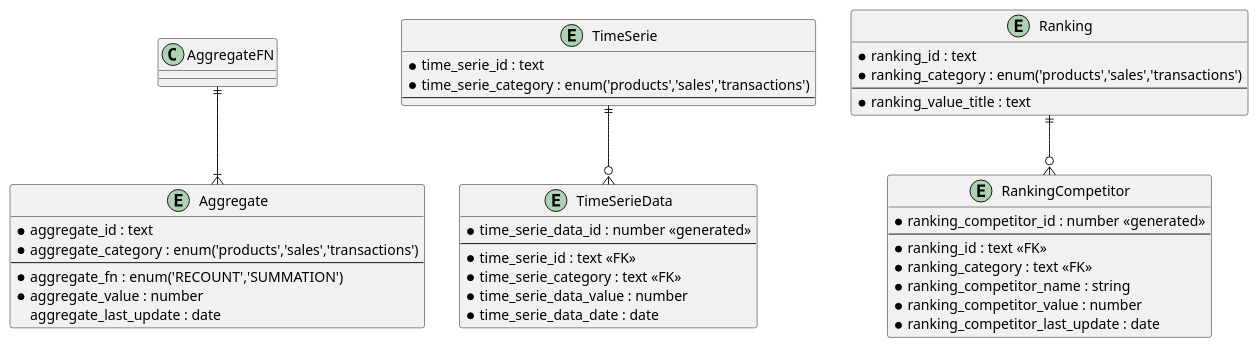
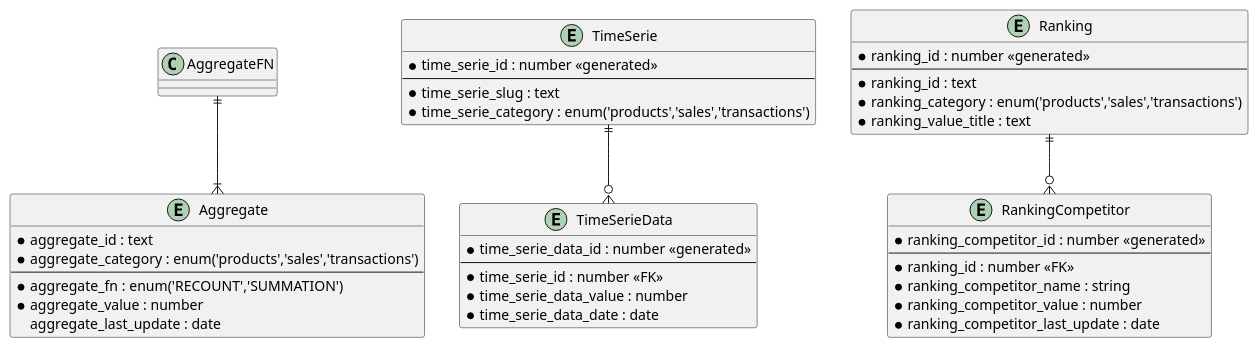
Before and after one commit to joav/simple-sales-business: the diagram in docs/diagrams/database/database-metrics.puml, drawn with PlantUML.

Commit message:
Docs: Update database diagram

```diff
--- a/docs/diagrams/database/database-metrics.puml
+++ b/docs/diagrams/database/database-metrics.puml
@@ -2,52 +2,52 @@
 @startuml Database metrics tables
 
 ' Aggregate
 entity Aggregate {
   * aggregate_id : text
   * aggregate_category : enum('products','sales','transactions')
   --
   * aggregate_fn : enum('RECOUNT','SUMMATION')
   * aggregate_value : number
   aggregate_last_update : date
 }
 
 AggregateFN ||--|{ Aggregate
 
 ' TimeSerie
 entity TimeSerie {
-  * time_serie_id : text
+  * time_serie_id : number <<generated>>
+  --
+  * time_serie_slug : text
   * time_serie_category : enum('products','sales','transactions')
-  --
 }
 
 entity TimeSerieData {
   * time_serie_data_id : number <<generated>>
   --
-  * time_serie_id : text <<FK>>
-  * time_serie_category : text <<FK>>
+  * time_serie_id : number <<FK>>
   * time_serie_data_value : number
   * time_serie_data_date : date
 }
 
 TimeSerie ||--o{ TimeSerieData
 
 ' Ranking
 entity Ranking {
+  * ranking_id : number <<generated>>
+  --
   * ranking_id : text
   * ranking_category : enum('products','sales','transactions')
-  --
   * ranking_value_title : text
 }
 
 entity RankingCompetitor {
   * ranking_competitor_id : number <<generated>>
   --
-  * ranking_id : text <<FK>>
-  * ranking_category : text <<FK>>
+  * ranking_id : number <<FK>>
   * ranking_competitor_name : string
   * ranking_competitor_value : number
   * ranking_competitor_last_update : date
 }
 
 Ranking ||--o{ RankingCompetitor
 @enduml
```
